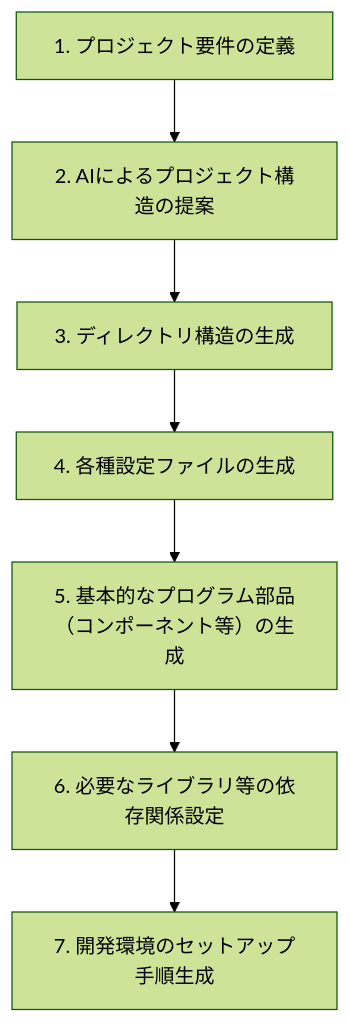
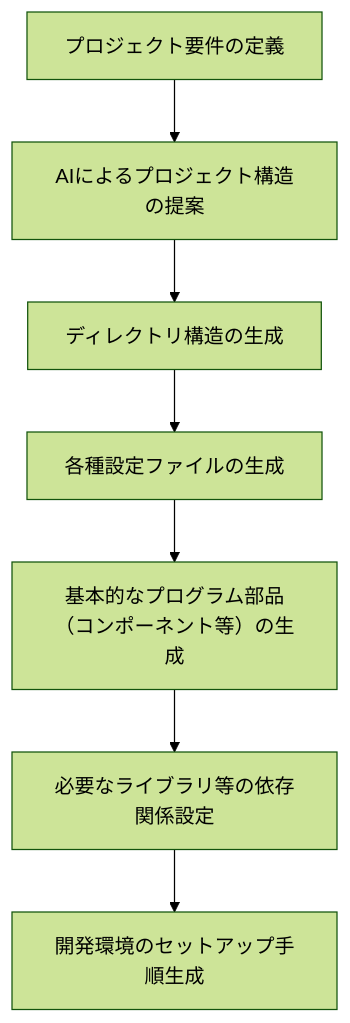
The second of 2 diagrams in book/pages/ソースコードの自動生成.md (cyber-freaks-jp/AI_Driven_Development_Course), drawn with Mermaid (forest theme) before and after one commit. The commit also changed other lines of this file and 1 other file, not shown here.

````diff
--- a/book/pages/ソースコードの自動生成.md
+++ b/book/pages/ソースコードの自動生成.md
@@ -236,9 +235,9 @@
 ```mermaid
-graph TD
-A[1. プロジェクト要件の定義] --> B[2. AIによるプロジェクト構造の提案]
-B --> C[3. ディレクトリ構造の生成]
-C --> D[4. 各種設定ファイルの生成]
-D --> E[5. 基本的なプログラム部品（コンポーネント等）の生成]
-E --> F[6. 必要なライブラリ等の依存関係設定]
-F --> G[7. 開発環境のセットアップ手順生成]
+flowchart TD
+    A[プロジェクト要件の定義] --> B[AIによるプロジェクト構造の提案]
+    B --> C[ディレクトリ構造の生成]
+    C --> D[各種設定ファイルの生成]
+    D --> E[基本的なプログラム部品（コンポーネント等）の生成]
+    E --> F[必要なライブラリ等の依存関係設定]
+    F --> G[開発環境のセットアップ手順生成]
 ```
````
